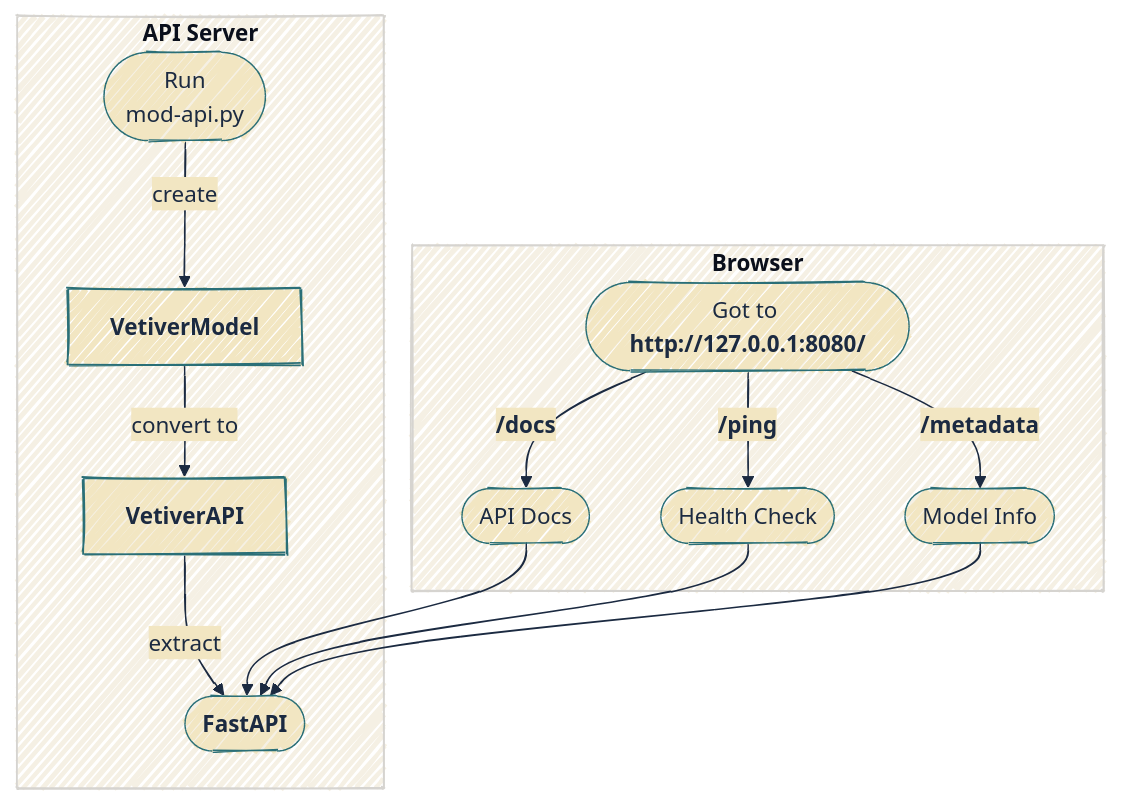
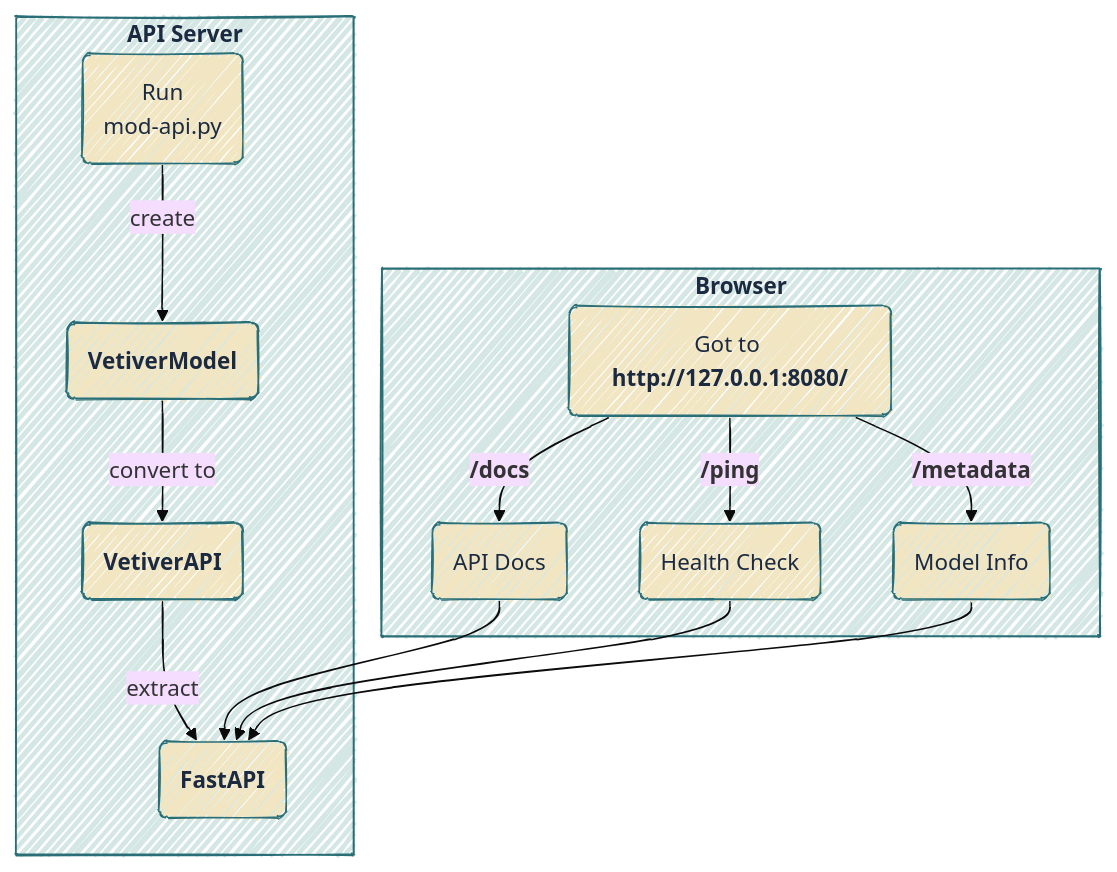
One commit to mjfrigaard/do4ds-labs changed the first of 7 diagrams in py-app-api.qmd. Above: the diagram before and after it, drawn with Mermaid. The commit also changed other lines of this file and 37 other files, not shown here.

Commit message:
updates to mermaid

````diff
--- a/py-app-api.qmd
+++ b/py-app-api.qmd
@@ -58,30 +58,33 @@
 ```{mermaid}
 %%| fig-cap: 'Vetiver API creation'
 %%| fig-align: center
-%%{init: {'theme': 'base', 'look': 'handDrawn', 'themeVariables': { 'fontFamily': 'monospace', 'primaryColor': '#F2E6C2', 'primaryBorderColor': '#2A6F77', 'primaryTextColor': '#1B2A41', 'secondaryColor': '#d4e7e4', 'tertiaryColor': '#f5f0e4', 'lineColor': '#1B2A41', 'edgeLabelBackground': '#F2E6C2'}}}%%
+%%{init: {'theme': 'base', 'look': 'handDrawn', 'themeVariables': {'fontFamily': 'monospace'}}}%%
 
 graph TD
     subgraph T1["<strong>API Server</strong>"]
-        RunApi(["Run<br>mod-api.py"]) --"create"--> VetMod["<strong>VetiverModel</strong>"]
-        VetMod --"convert to"--> VetAPI["<strong>VetiverAPI</strong>"]
-        VetAPI --"extract"--> FastAPI(["<strong>FastAPI</strong>"])
+        RunApi("Run<br>mod-api.py") --"create"--> VetMod("<strong>VetiverModel</strong>")
+        VetMod --"convert to"--> VetAPI("<strong>VetiverAPI</strong>")
+        VetAPI --"extract"--> FastAPI("<strong>FastAPI</strong>")
     end
     
     style RunApi stroke-width:1px, rx:20, ry:20, font-size:16px
     
    subgraph Browse["<strong>Browser</strong>"]
-        Http(["`Got to <strong>http://</strong><strong>127.0.0.1:8080/</strong>`"]) --"<strong>/docs</strong>"--> Docs(["API Docs"])
-        Http --"<strong>/ping</strong>"--> Health(["Health Check"])
-        Http --"<strong>/metadata</strong>"--> Info(["Model Info"])
+        Http("`Got to <strong>http://</strong><strong>127.0.0.1:8080/</strong>`") --"<strong>/docs</strong>"--> Docs("API Docs")
+        Http --"<strong>/ping</strong>"--> Health("Health Check")
+        Http --"<strong>/metadata</strong>"--> Info("Model Info")
         Docs & Health & Info --> FastAPI
     end
 
     style Http stroke-width:1px, rx:20, ry:20, font-size:16px
     
     style FastAPI stroke-width:1px, rx:20, ry:20, font-size:16px
     style Docs stroke-width:1px, rx:20, ry:20, font-size:16px
     style Health stroke-width:1px, rx:20, ry:20, font-size:16px
     style Info stroke-width:1px, rx:20, ry:20, font-size:16px
+    classDef default fill:#F2E6C2,stroke:#2A6F77,color:#1B2A41
+    style T1 fill:#d4e7e4,stroke:#2A6F77,color:#1B2A41
+    style Browse fill:#d4e7e4,stroke:#2A6F77,color:#1B2A41
 
 
 ```
````
